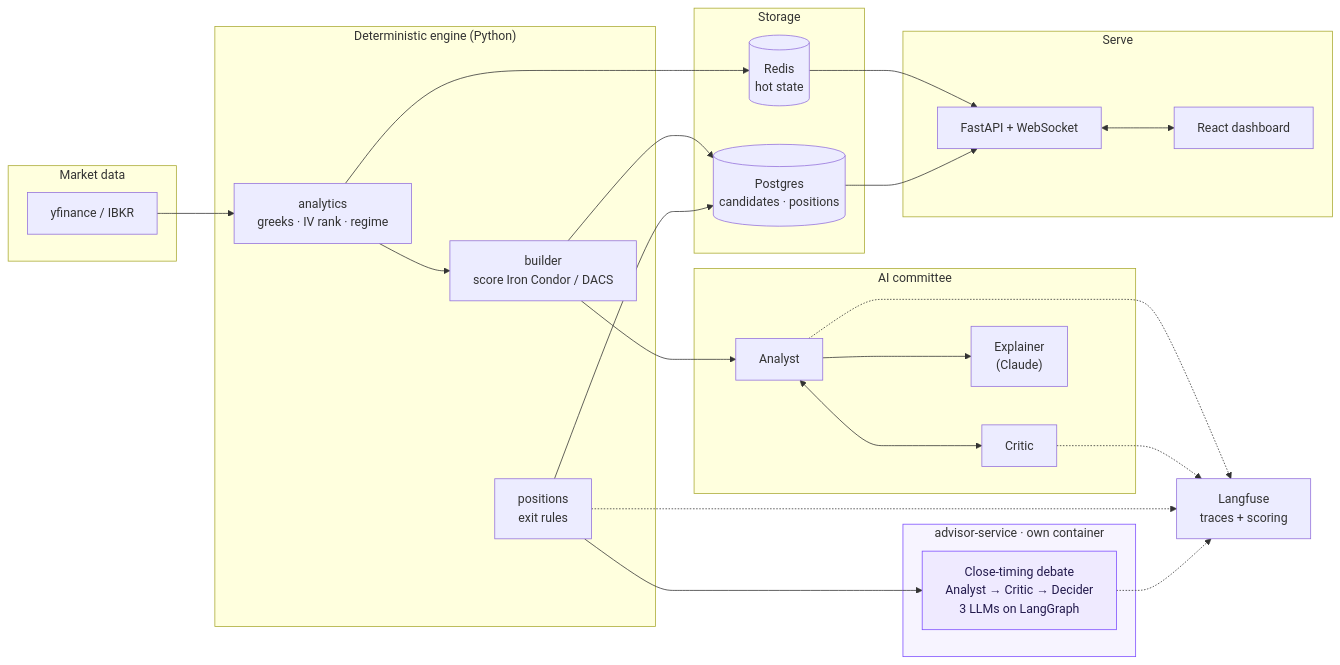
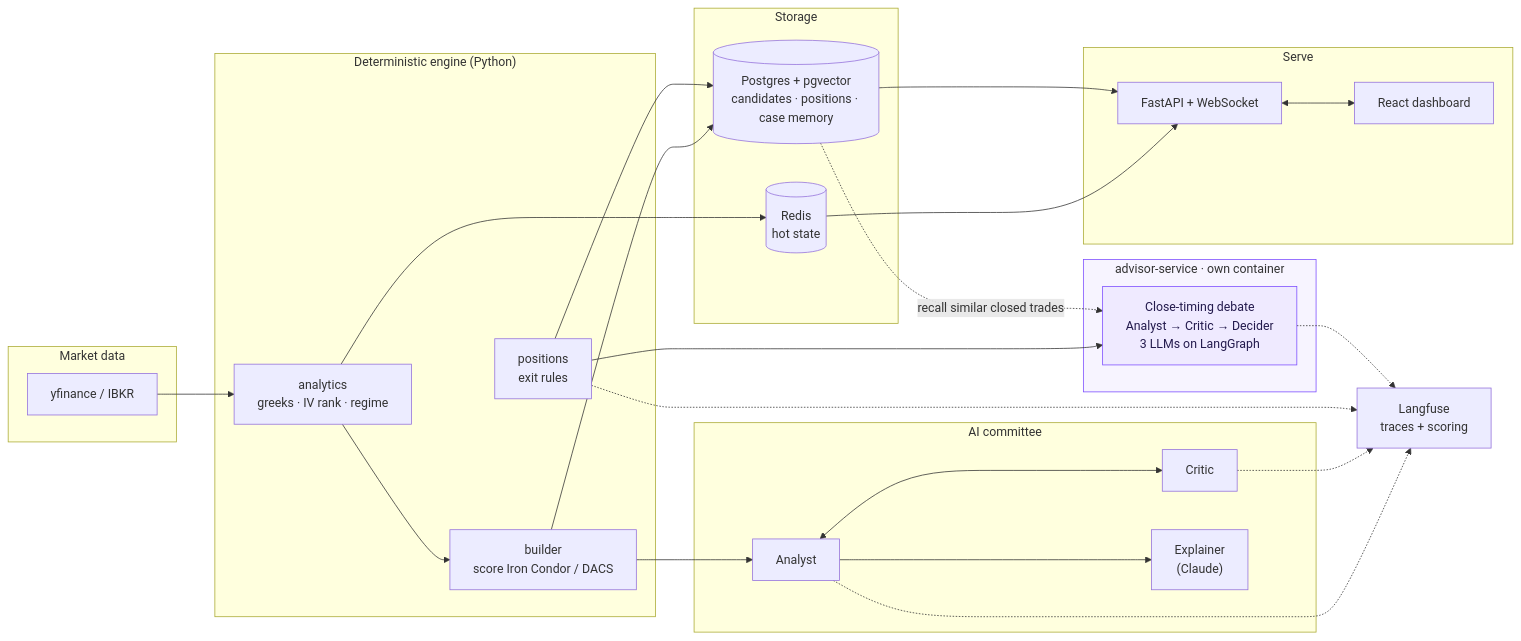
One commit to adielsh/Paz-Rav changed the first of 5 diagrams in README.md. Above: the diagram before and after it, drawn with Mermaid. The commit also changed other lines of this file and 12 other files, not shown here.

````diff
--- a/README.md
+++ b/README.md
@@ -23,47 +23,48 @@
 ```mermaid
 flowchart LR
     subgraph Data["Market data"]
         FEED["yfinance / IBKR"]
     end
     subgraph Engine["Deterministic engine (Python)"]
         ANALYTICS["analytics<br/>greeks · IV rank · regime"]
         BUILDER["builder<br/>score Iron Condor / DACS"]
         POSITIONS["positions<br/>exit rules"]
     end
     subgraph AI["AI committee"]
         ANALYST["Analyst"]
         CRITIC["Critic"]
         EXPLAINER["Explainer<br/>(Claude)"]
     end
     subgraph CLOSE["advisor-service · own container"]
         CA["Close-timing debate<br/>Analyst → Critic → Decider<br/>3 LLMs on LangGraph"]
     end
     subgraph Store["Storage"]
         REDIS[("Redis<br/>hot state")]
-        PG[("Postgres<br/>candidates · positions")]
+        PG[("Postgres + pgvector<br/>candidates · positions · case memory")]
     end
     LF["Langfuse<br/>traces + scoring"]
     subgraph Serve["Serve"]
         API["FastAPI + WebSocket"]
         WEB["React dashboard"]
     end
 
     FEED --> ANALYTICS --> BUILDER --> ANALYST
     ANALYST <--> CRITIC
     ANALYST --> EXPLAINER
     ANALYTICS --> REDIS
     BUILDER --> PG
     POSITIONS --> PG
     POSITIONS --> CA
+    PG -.recall similar closed trades.-> CA
     ANALYST -.-> LF
     CRITIC -.-> LF
     POSITIONS -.-> LF
     CA -.-> LF
     REDIS --> API
     PG --> API
     API <--> WEB
 
     classDef llm fill:#efeaff,stroke:#7c4dff,color:#231a4d;
     class CA llm;
     style CLOSE fill:#f7f4ff,stroke:#7c4dff;
 ```
````
